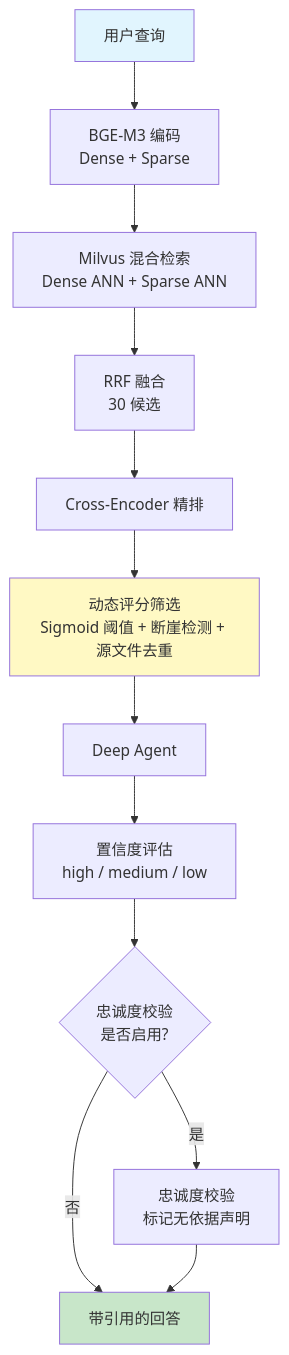
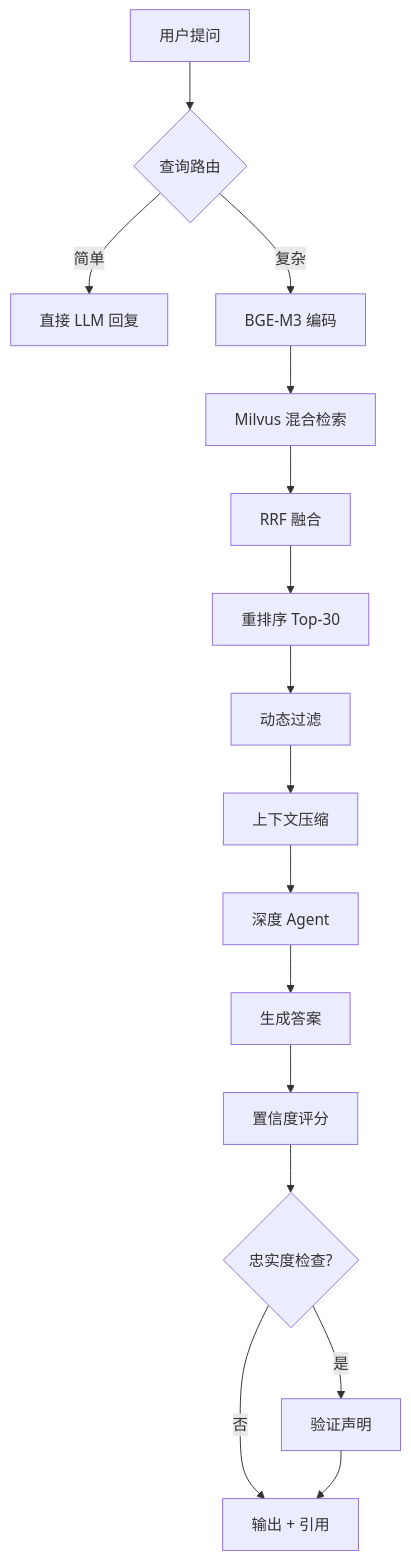
The second of 2 diagrams in README_zh.md (lg114/RagMate), drawn with Mermaid before and after one commit. The commit also changed other lines of this file and 1 other file, not shown here.

````diff
--- a/README_zh.md
+++ b/README_zh.md
@@ -50,18 +175,18 @@
 ```mermaid
-graph TD
-    Q[用户查询] --> E[BGE-M3 编码\nDense + Sparse]
-    E --> S[Milvus 混合检索\nDense ANN + Sparse ANN]
-    S --> RRF[RRF 融合\n30 候选]
-    RRF --> RC[Cross-Encoder 精排]
-    RC --> DF[动态评分筛选\nSigmoid 阈值 + 断崖检测 + 源文件去重]
-    DF --> LLM[Deep Agent]
-    LLM --> CONF[置信度评估\nhigh / medium / low]
-    CONF --> FC{忠诚度校验\n是否启用?}
-    FC -->|是| CHK[忠诚度校验\n标记无依据声明]
-    FC -->|否| ANS[带引用的回答]
-    CHK --> ANS
-
-    style Q fill:#e1f5fe
-    style ANS fill:#c8e6c9
-    style DF fill:#fff9c4
+flowchart TD
+    Q[用户提问] --> C{查询路由}
+    C -->|简单| L[直接 LLM 回复]
+    C -->|复杂| E[BGE-M3 编码]
+    E --> S[Milvus 混合检索]
+    S --> R[RRF 融合]
+    R --> K[重排序 Top-30]
+    K --> F[动态过滤]
+    F --> M[上下文压缩]
+    M --> A[深度 Agent]
+    A --> G[生成答案]
+    G --> H[置信度评分]
+    H --> I{忠实度检查?}
+    I -->|是| V[验证声明]
+    I -->|否| O[输出 + 引用]
+    V --> O
 ```
````
